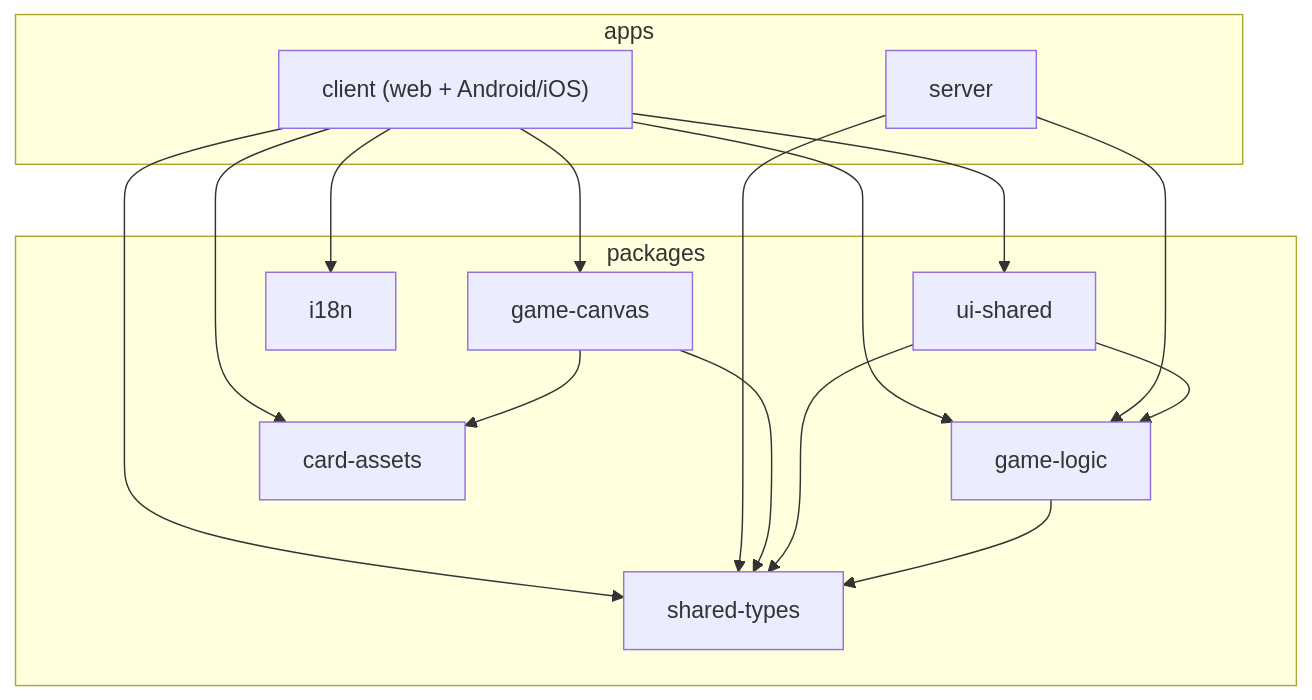
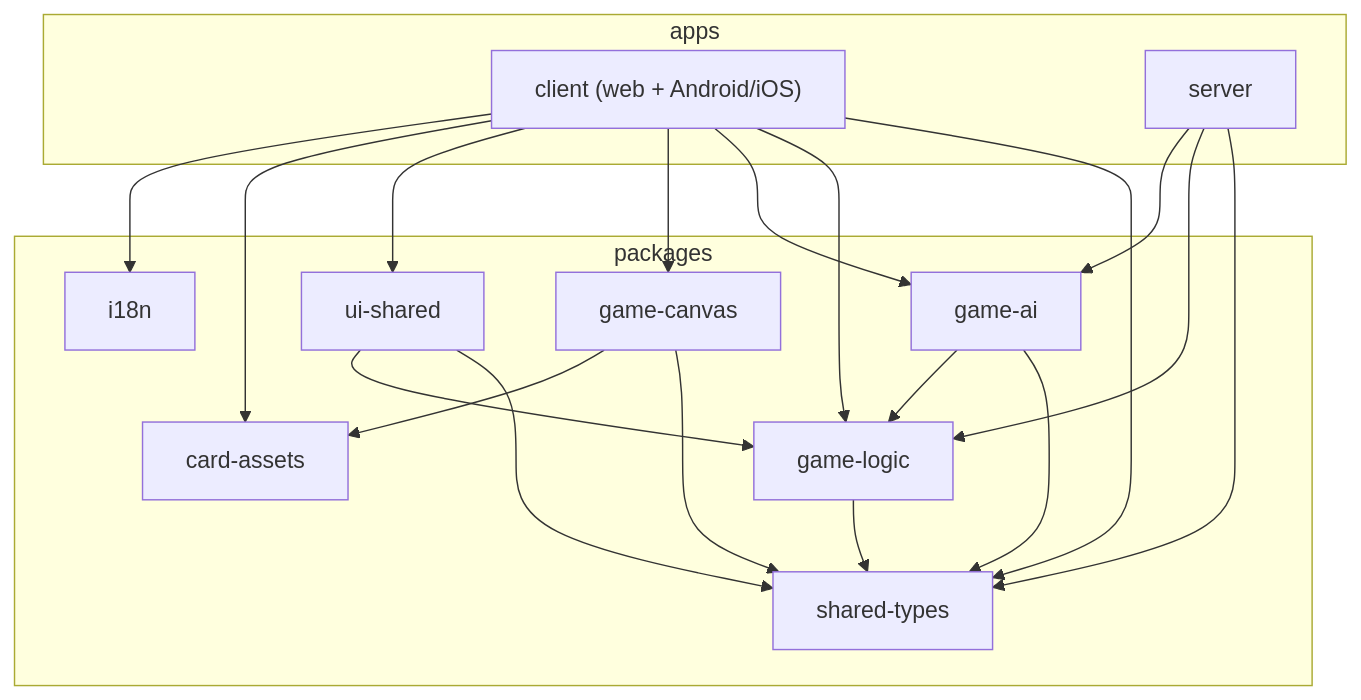
One commit to deglerj/dabb changed the diagram in docs/arc42/05-building-block-view.md. Above: the diagram before and after it, drawn with Mermaid. The commit also changed other lines of this file and 7 other files, not shown here.

````diff
--- a/docs/arc42/05-building-block-view.md
+++ b/docs/arc42/05-building-block-view.md
@@ -5,34 +5,40 @@
 ```mermaid
 flowchart TB
     subgraph apps
         client["client (web + Android/iOS)"]
         server
     end
 
     subgraph packages
         types[shared-types]
         logic[game-logic]
+        gameai[game-ai]
         canvas[game-canvas]
         ui[ui-shared]
         assets[card-assets]
         i18n[i18n]
     end
 
     client --> types
     client --> logic
+    client --> gameai
     client --> canvas
     client --> ui
     client --> assets
     client --> i18n
 
     server --> types
     server --> logic
+    server --> gameai
 
     canvas --> types
     canvas --> assets
 
     ui --> types
     ui --> logic
 
+    gameai --> types
+    gameai --> logic
+
     logic --> types
 ```
````
